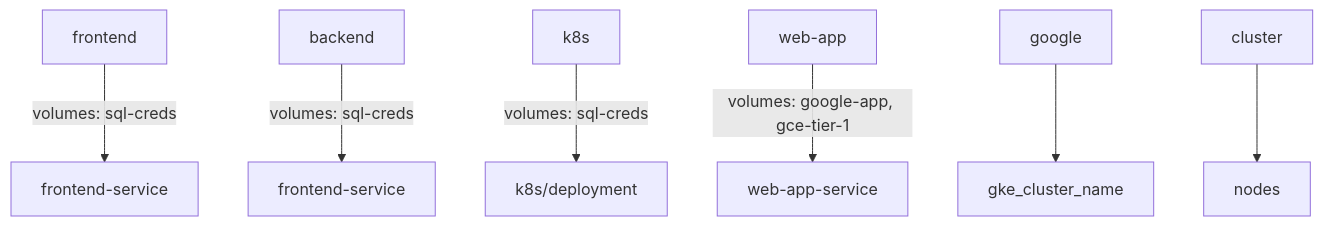
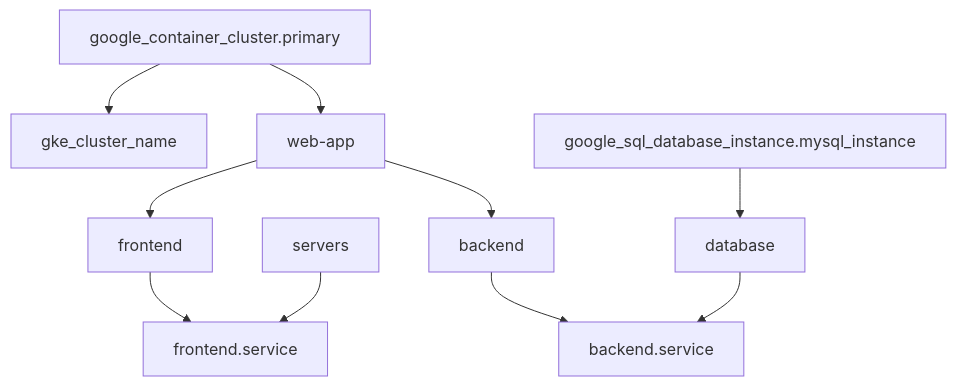
Before and after one commit to Hacka25/webapp: the second of 2 diagrams in README.md, drawn with Mermaid. The commit also changed other lines of this file, not shown here.

Commit message:
[skip-autodocs] Update README and architecture diagram

````diff
--- a/README.md
+++ b/README.md
@@ -259,9 +189,12 @@
 ```mermaid
 graph TD
-    A[frontend] --> |volumes: sql-creds|B[frontend-service]
-    C[backend] --> |volumes: sql-creds|D[frontend-service]
-    E[k8s] --> |volumes: sql-creds|F["k8s/deployment"]
-    G[web-app] --> |volumes: google-app, gce-tier-1|H[web-app-service]
-    I[google] --> J[gke_cluster_name]
-    K[cluster] --> L[nodes]
+    A[google_container_cluster.primary] --> B[gke_cluster_name]
+    A --> C[web-app]
+    C --> D[frontend]
+    C --> E[backend]
+    D --> F[frontend.service]
+    E --> G[backend.service]
+    H[servers] --> F
+    I[database] --> G
+    J[google_sql_database_instance.mysql_instance] --> I
 ```
````
